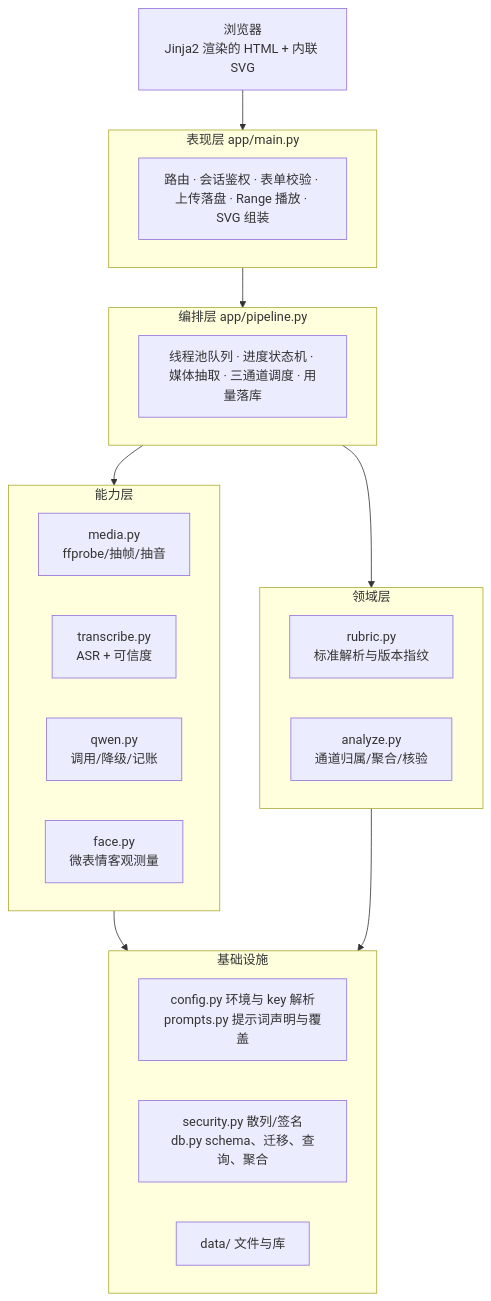
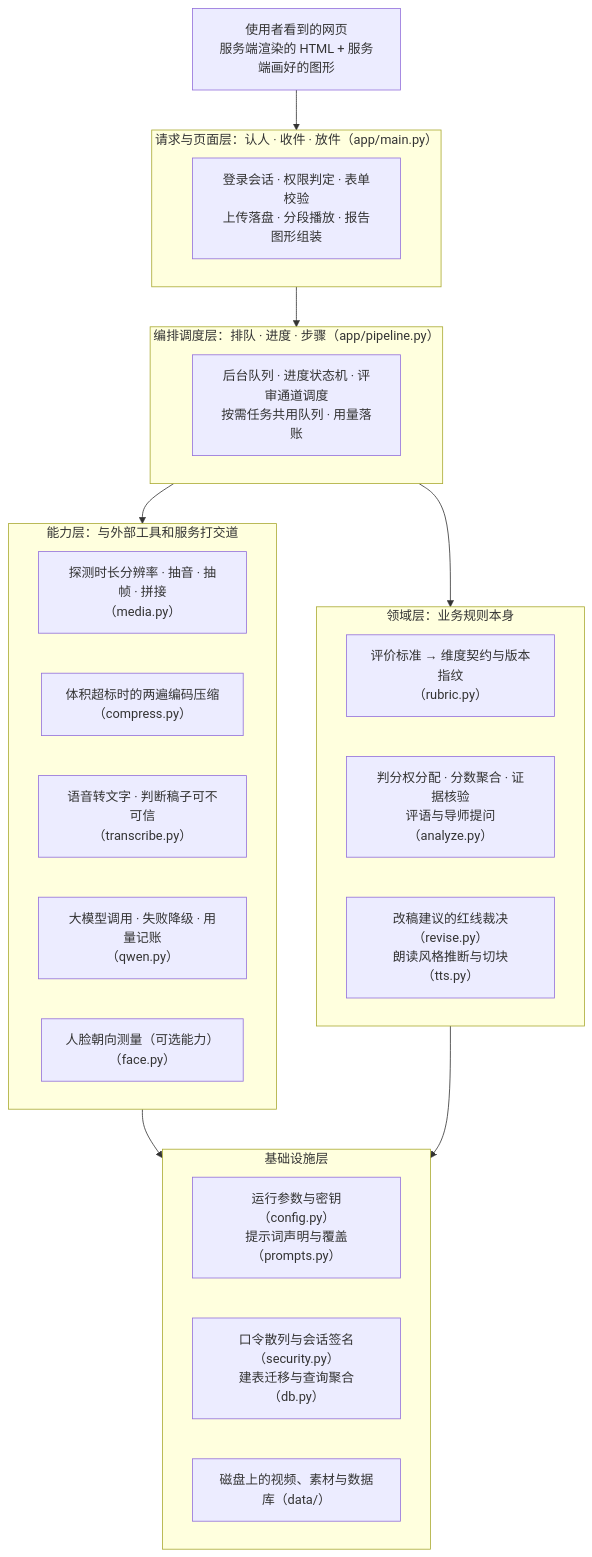
Before and after one commit to haitaoshui1001/speech_eval: the first of 4 diagrams in docs/设计报告.md, drawn with Mermaid. The commit also changed other lines of this file and 2 other files, not shown here.

````diff
--- a/docs/设计报告.md
+++ b/docs/设计报告.md
@@ -134,28 +152,30 @@
 ```mermaid
 flowchart TB
-  UI["浏览器<br/>Jinja2 渲染的 HTML + 内联 SVG"]
-  subgraph SG1["表现层 app/main.py"]
-    A1["路由 · 会话鉴权 · 表单校验 · 上传落盘 · Range 播放 · SVG 组装"]
+  UI["使用者看到的网页<br/>服务端渲染的 HTML + 服务端画好的图形"]
+  subgraph L1["请求与页面层：认人 · 收件 · 放件（app/main.py）"]
+    A1["登录会话 · 权限判定 · 表单校验<br/>上传落盘 · 分段播放 · 报告图形组装"]
   end
-  subgraph SG2["编排层 app/pipeline.py"]
-    B1["线程池队列 · 进度状态机 · 媒体抽取 · 三通道调度 · 用量落库"]
+  subgraph L2["编排调度层：排队 · 进度 · 步骤（app/pipeline.py）"]
+    B1["后台队列 · 进度状态机 · 评审通道调度<br/>按需任务共用队列 · 用量落账"]
   end
-  subgraph SG3["能力层"]
-    C1["media.py<br/>ffprobe/抽帧/抽音"]
-    C2["transcribe.py<br/>ASR + 可信度"]
-    C3["qwen.py<br/>调用/降级/记账"]
-    C4["face.py<br/>微表情客观测量"]
+  subgraph L3["能力层：与外部工具和服务打交道"]
+    C1["探测时长分辨率 · 抽音 · 抽帧 · 拼接<br/>（media.py）"]
+    C2["体积超标时的两遍编码压缩<br/>（compress.py）"]
+    C3["语音转文字 · 判断稿子可不可信<br/>（transcribe.py）"]
+    C4["大模型调用 · 失败降级 · 用量记账<br/>（qwen.py）"]
+    C5["人脸朝向测量（可选能力）<br/>（face.py）"]
   end
-  subgraph SG4["领域层"]
-    D1["rubric.py<br/>标准解析与版本指纹"]
-    D2["analyze.py<br/>通道归属/聚合/核验"]
+  subgraph L4["领域层：业务规则本身"]
+    D1["评价标准 → 维度契约与版本指纹<br/>（rubric.py）"]
+    D2["判分权分配 · 分数聚合 · 证据核验<br/>评语与导师提问（analyze.py）"]
+    D3["改稿建议的红线裁决（revise.py）<br/>朗读风格推断与切块（tts.py）"]
   end
-  subgraph SG5["基础设施"]
-    E1["config.py 环境与 key 解析<br/>prompts.py 提示词声明与覆盖"]
-    E2["security.py 散列/签名<br/>db.py schema、迁移、查询、聚合"]
-    E3["data/ 文件与库"]
+  subgraph L5["基础设施层"]
+    E1["运行参数与密钥（config.py）<br/>提示词声明与覆盖（prompts.py）"]
+    E2["口令散列与会话签名（security.py）<br/>建表迁移与查询聚合（db.py）"]
+    E3["磁盘上的视频、素材与数据库（data/）"]
   end
-  UI --> SG1 --> SG2
-  SG2 --> SG3 --> SG5
-  SG2 --> SG4 --> SG5
+  UI --> L1 --> L2
+  L2 --> L3 --> L5
+  L2 --> L4 --> L5
 ```
````
